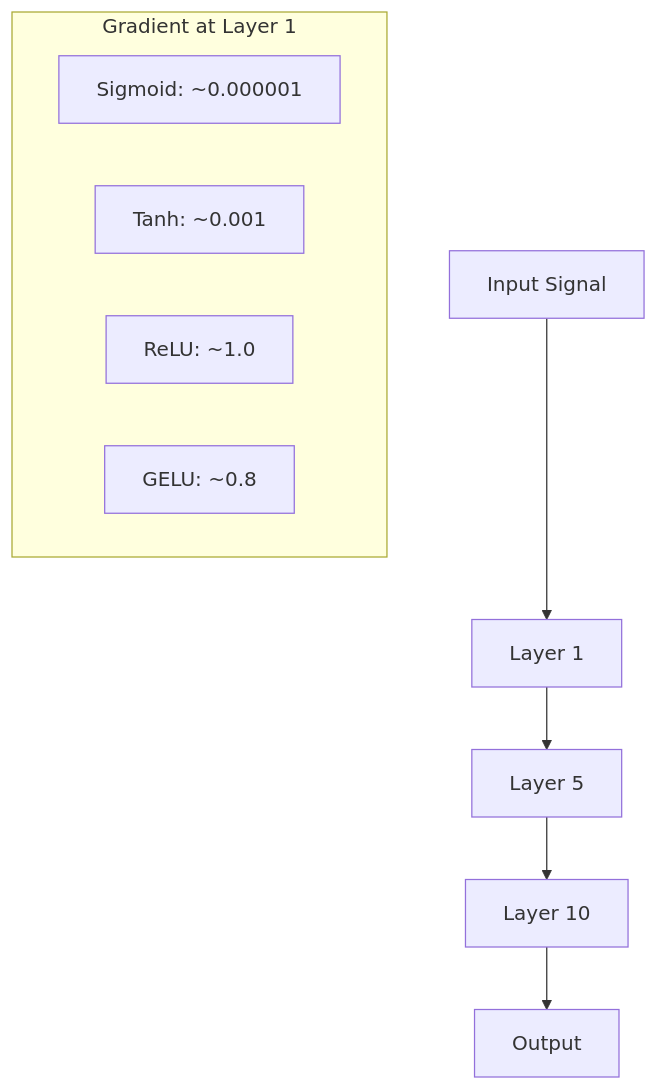
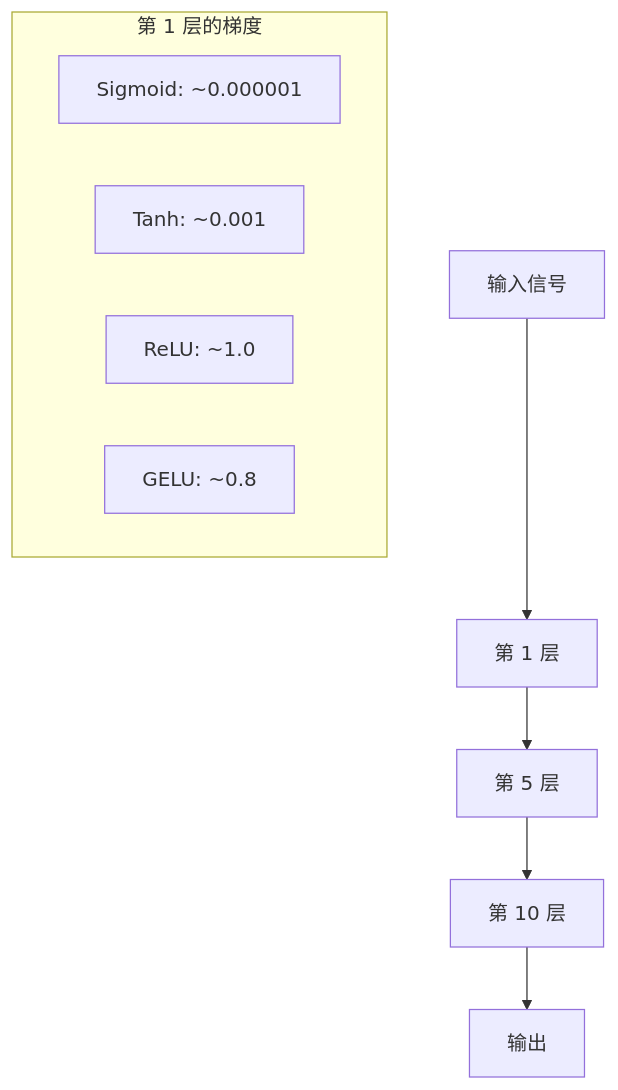
Before and after one commit to alessandrodinisio-ai/ai-engineering-learning-framework: the second of 3 diagrams in phases/03-deep-learning-core/04-activation-functions/docs/zh.md, drawn with Mermaid. The commit also changed other lines of this file and 120 other files, not shown here.

First line of the commit message:
i18n(mermaid): 337 个 mermaid 图表标签中文化

````diff
--- a/phases/03-deep-learning-core/04-activation-functions/docs/zh.md
+++ b/phases/03-deep-learning-core/04-activation-functions/docs/zh.md
@@ -185,14 +185,14 @@
 ```mermaid
 graph TD
-    Input["Input Signal"] --> L1["Layer 1"]
-    L1 --> L5["Layer 5"]
-    L5 --> L10["Layer 10"]
-    L10 --> Output["Output"]
+    Input["输入信号"] --> L1["第 1 层"]
+    L1 --> L5["第 5 层"]
+    L5 --> L10["第 10 层"]
+    L10 --> Output["输出"]
 
-    subgraph "Gradient at Layer 1"
+    subgraph "第 1 层的梯度"
         SigGrad["Sigmoid: ~0.000001"]
         TanhGrad["Tanh: ~0.001"]
         ReluGrad["ReLU: ~1.0"]
         GeluGrad["GELU: ~0.8"]
     end
 ```
````
